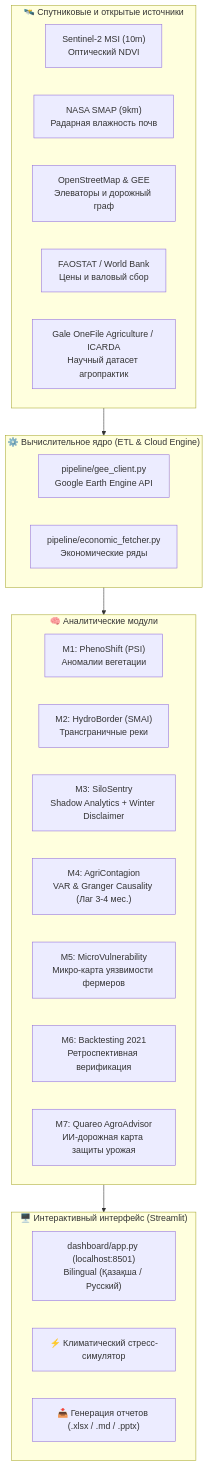
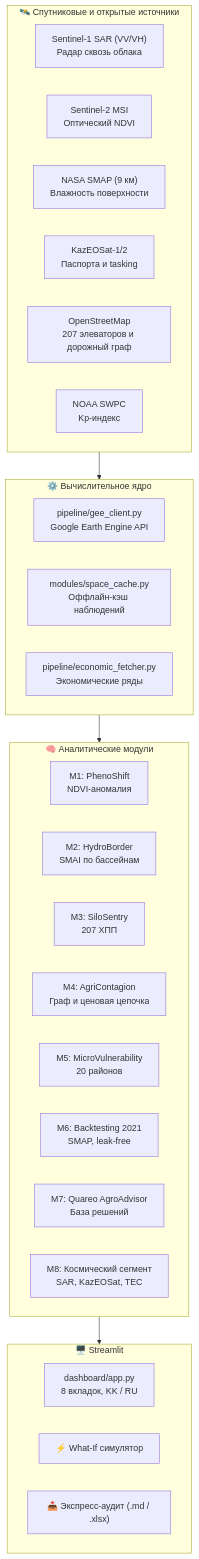
One commit to Ali-bit-bot-ux/EcoEconomicAnalyzer changed the diagram in README.md. Above: the diagram before and after it, drawn with Mermaid. The commit also changed other lines of this file and 5 other files, not shown here.

````diff
--- a/README.md
+++ b/README.md
@@ -52,35 +64,38 @@
 ```mermaid
 flowchart TD
     subgraph DataSources["🛰️ Спутниковые и открытые источники"]
-        S2["Sentinel-2 MSI (10m)<br/>Оптический NDVI"]
-        SMAP["NASA SMAP (9km)<br/>Радарная влажность почв"]
-        OSM["OpenStreetMap & GEE<br/>Элеваторы и дорожный граф"]
-        FAO["FAOSTAT / World Bank<br/>Цены и валовый сбор"]
-        GALE["Gale OneFile Agriculture / ICARDA<br/>Научный датасет агропрактик"]
+        S1["Sentinel-1 SAR (VV/VH)<br/>Радар сквозь облака"]
+        S2["Sentinel-2 MSI<br/>Оптический NDVI"]
+        SMAP["NASA SMAP (9 км)<br/>Влажность поверхности"]
+        KAZ["KazEOSat-1/2<br/>Паспорта и tasking"]
+        OSM["OpenStreetMap<br/>207 элеваторов и дорожный граф"]
+        NOAA["NOAA SWPC<br/>Kp-индекс"]
     end
 
-    subgraph Pipeline["⚙️ Вычислительное ядро (ETL & Cloud Engine)"]
+    subgraph Pipeline["⚙️ Вычислительное ядро"]
         GEE_C["pipeline/gee_client.py<br/>Google Earth Engine API"]
+        CACHE["modules/space_cache.py<br/>Оффлайн-кэш наблюдений"]
         ECON_C["pipeline/economic_fetcher.py<br/>Экономические ряды"]
     end
 
     subgraph Modules["🧠 Аналитические модули"]
-        M1["M1: PhenoShift (PSI)<br/>Аномалии вегетации"]
-        M2["M2: HydroBorder (SMAI)<br/>Трансграничные реки"]
-        M3["M3: SiloSentry<br/>Shadow Analytics + Winter Disclaimer"]
-        M4["M4: AgriContagion<br/>VAR & Granger Causality (Лаг 3-4 мес.)"]
-        M5["M5: MicroVulnerability<br/>Микро-карта уязвимости фермеров"]
-        M6["M6: Backtesting 2021<br/>Ретроспективная верификация"]
-        M7["M7: Quareo AgroAdvisor<br/>ИИ-дорожная карта защиты урожая"]
+        M1["M1: PhenoShift<br/>NDVI-аномалия"]
+        M2["M2: HydroBorder<br/>SMAI по бассейнам"]
+        M3["M3: SiloSentry<br/>207 ХПП"]
+        M4["M4: AgriContagion<br/>Граф и ценовая цепочка"]
+        M5["M5: MicroVulnerability<br/>20 районов"]
+        M6["M6: Backtesting 2021<br/>SMAP, leak-free"]
+        M7["M7: Quareo AgroAdvisor<br/>База решений"]
+        M8["M8: Космический сегмент<br/>SAR, KazEOSat, TEC"]
     end
 
-    subgraph UI["🖥️ Интерактивный интерфейс (Streamlit)"]
-        DASH["dashboard/app.py (localhost:8501)<br/>Bilingual (Қазақша / Русский)"]
-        SIM["⚡ Климатический стресс-симулятор"]
-        REP["📥 Генерация отчетов (.xlsx / .md / .pptx)"]
+    subgraph UI["🖥️ Streamlit"]
+        DASH["dashboard/app.py<br/>8 вкладок, KK / RU"]
+        SIM["⚡ What-If симулятор"]
+        REP["📥 Экспресс-аудит (.md / .xlsx)"]
     end
 
     DataSources --> Pipeline
     Pipeline --> Modules
     Modules --> UI
 ```
````
